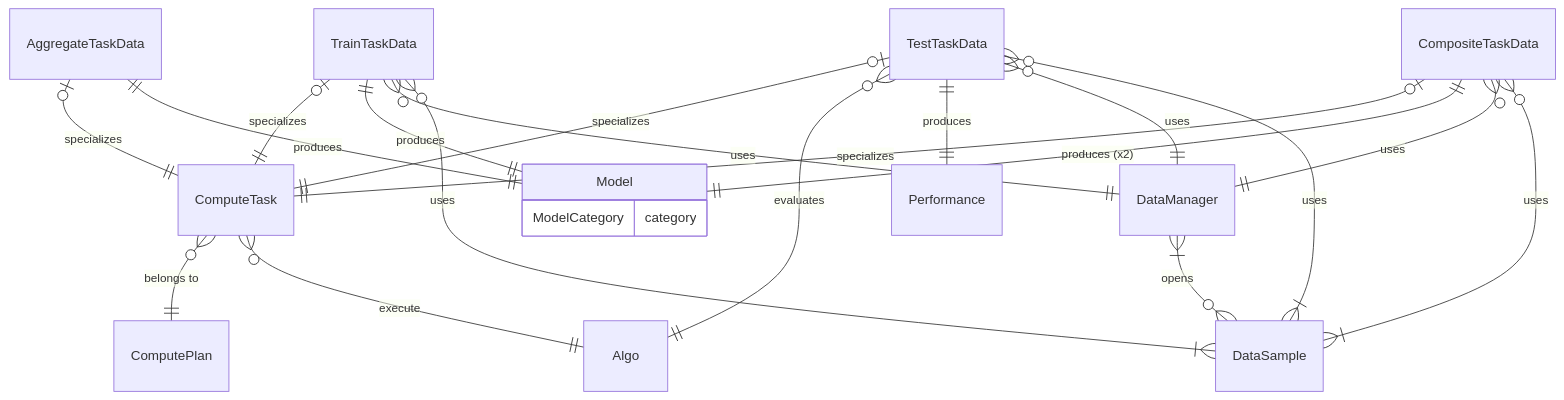
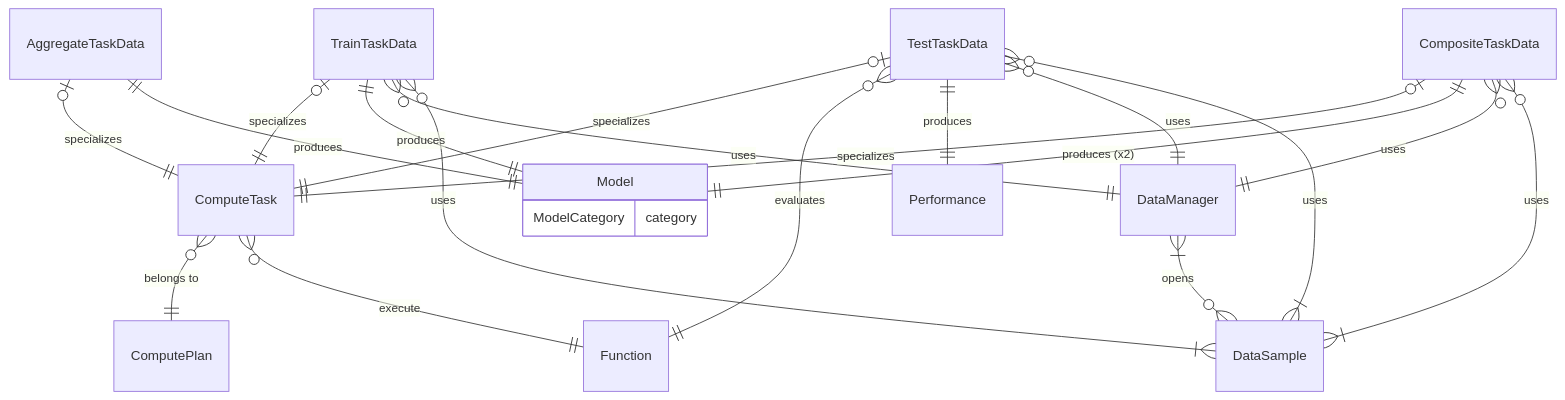
One commit to Substra/orchestrator changed the diagram in docs/schemas/entities.mmd. Above: the diagram before and after it, drawn with Mermaid. The commit also changed 10 other files, not shown here.

```diff
--- a/docs/schemas/entities.mmd
+++ b/docs/schemas/entities.mmd
@@ -1,28 +1,28 @@
 erDiagram
     DataManager }|--o{ DataSample : opens
     ComputeTask }o--|| ComputePlan : "belongs to"
-    ComputeTask }o--|| Algo : execute
-    Algo {}
+    ComputeTask }o--|| Function : execute
+    Function {}
 
     TrainTaskData |o--|| ComputeTask: specializes
     TrainTaskData ||--|| Model: produces
     TrainTaskData }o--|| DataManager: uses
     TrainTaskData }o--|{ DataSample: uses
 
     TestTaskData |o--|| ComputeTask: specializes
-    TestTaskData }o--|| Algo : evaluates
+    TestTaskData }o--|| Function : evaluates
     TestTaskData ||--|| Performance: produces
     TestTaskData }o--|| DataManager: uses
     TestTaskData }o--|{ DataSample: uses
 
     AggregateTaskData |o--|| ComputeTask: specializes
     AggregateTaskData ||--|| Model: produces
 
     CompositeTaskData |o--|| ComputeTask: specializes
     CompositeTaskData ||--|| Model: "produces (x2)"
     CompositeTaskData }o--|| DataManager: uses
     CompositeTaskData }o--|{ DataSample: uses
 
     Model {
         ModelCategory category
     }
```
